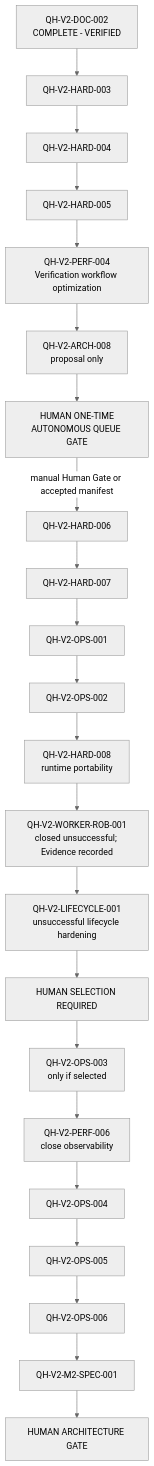
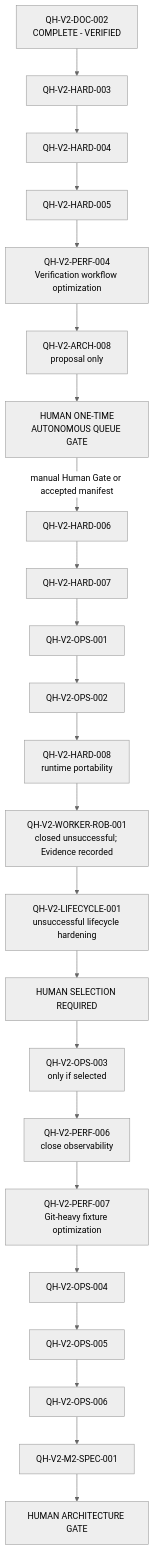
One commit to tmdgns104/qwen-harness-test changed the diagram in BACKLOG.md. Above: the diagram before and after it, drawn with Mermaid (neutral theme). The commit also changed other lines of this file and 4 other files, not shown here.

Commit message:
optimize Git-heavy qh fixtures

````diff
--- a/BACKLOG.md
+++ b/BACKLOG.md
@@ -134,24 +135,25 @@
 ```mermaid
 flowchart TD
     D002["QH-V2-DOC-002<br/>COMPLETE - VERIFIED"] --> H003["QH-V2-HARD-003"]
     H003 --> H004["QH-V2-HARD-004"]
     H004 --> H005["QH-V2-HARD-005"]
     H005 --> P004["QH-V2-PERF-004<br/>Verification workflow optimization"]
     P004 --> A008["QH-V2-ARCH-008<br/>proposal only"]
     A008 --> Gate1["HUMAN ONE-TIME<br/>AUTONOMOUS QUEUE GATE"]
     Gate1 -->|"manual Human Gate or accepted manifest"| H006["QH-V2-HARD-006"]
     H006 --> H007["QH-V2-HARD-007"]
     H007 --> O001["QH-V2-OPS-001"]
     O001 --> O002["QH-V2-OPS-002"]
     O002 --> H008["QH-V2-HARD-008<br/>runtime portability"]
     H008 --> WROB["QH-V2-WORKER-ROB-001<br/>closed unsuccessful; Evidence recorded"]
     WROB --> L001["QH-V2-LIFECYCLE-001<br/>unsuccessful lifecycle hardening"]
     L001 --> HumanSelect["HUMAN SELECTION REQUIRED"]
     HumanSelect --> O003["QH-V2-OPS-003<br/>only if selected"]
     O003 --> P006["QH-V2-PERF-006<br/>close observability"]
-    P006 --> O004["QH-V2-OPS-004"]
+    P006 --> P007["QH-V2-PERF-007<br/>Git-heavy fixture optimization"]
+    P007 --> O004["QH-V2-OPS-004"]
     O004 --> O005["QH-V2-OPS-005"]
     O005 --> O006["QH-V2-OPS-006"]
     O006 --> M2["QH-V2-M2-SPEC-001"]
     M2 --> Gate["HUMAN ARCHITECTURE GATE"]
 ```
````
